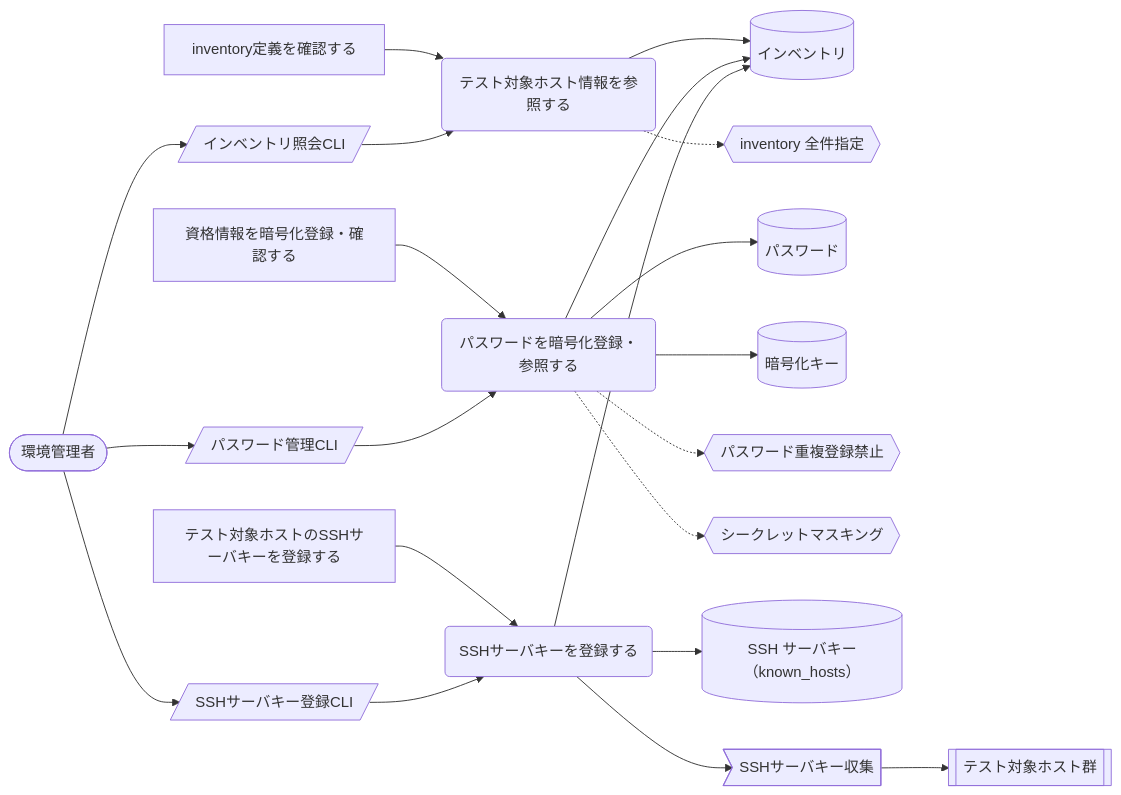
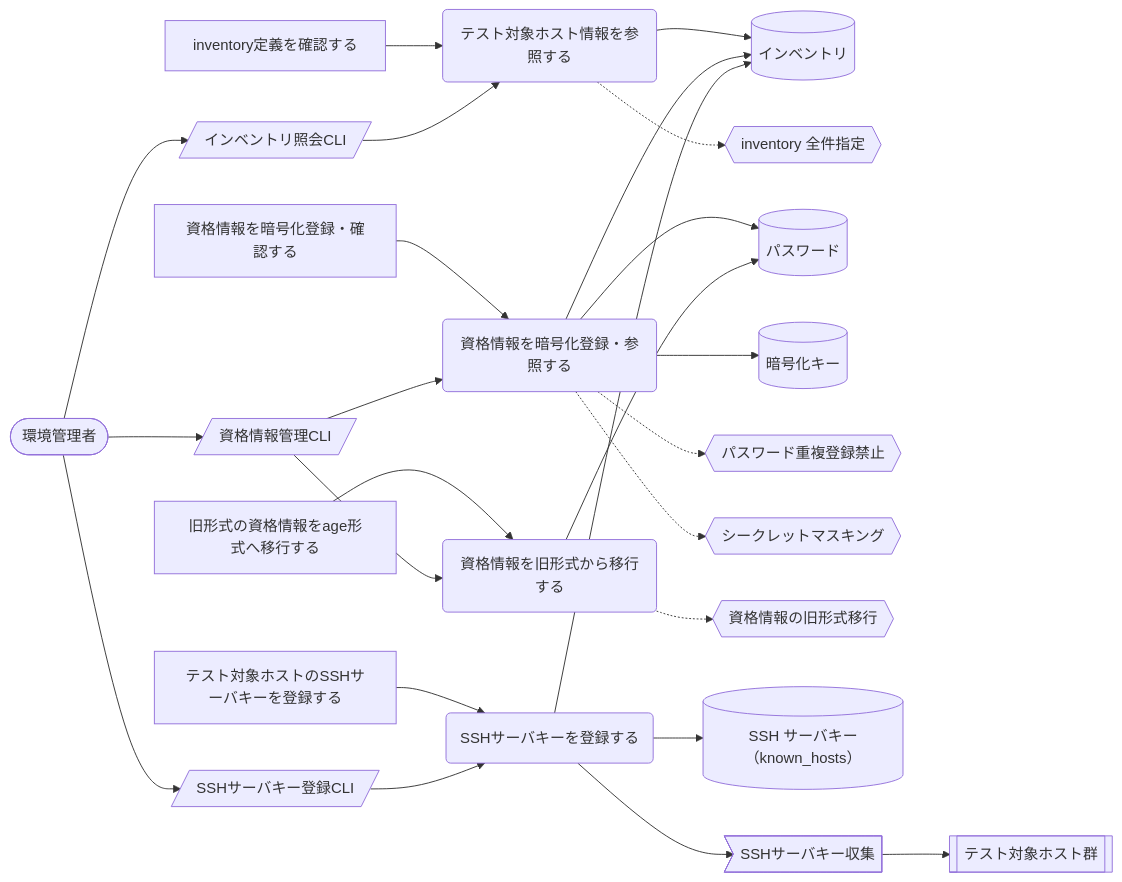
The second of 7 diagrams in docs/rdra/latest/views/04_UC複合図.md (scenario-test-framework/stfw), drawn with Mermaid before and after one commit. The commit also changed other lines of this file and 22 other files, not shown here.

First line of the commit message:
docs(requirements): v1.0 リアーキテクティングを USDM/RDRA に反映 (event: 20260708_084933_v1_rearchitecting)

````diff
--- a/docs/rdra/latest/views/04_UC複合図.md
+++ b/docs/rdra/latest/views/04_UC複合図.md
@@ -77,42 +50,49 @@
 ```mermaid
 graph LR
   UC1("テスト対象ホスト情報を参照する")
   AT1["inventory定義を確認する"]
   IF1[("インベントリ")]
   CD1{{"inventory 全件指定"}}
   SC1[/"インベントリ照会CLI"/]
   AC1(["環境管理者"])
-  UC2("パスワードを暗号化登録・参照する")
+  UC2("資格情報を暗号化登録・参照する")
   AT2["資格情報を暗号化登録・確認する"]
   IF2[("パスワード")]
   IF3[("暗号化キー")]
   CD2{{"パスワード重複登録禁止"}}
   CD3{{"シークレットマスキング"}}
-  SC2[/"パスワード管理CLI"/]
-  UC3("SSHサーバキーを登録する")
-  AT3["テスト対象ホストのSSHサーバキーを登録する"]
+  SC2[/"資格情報管理CLI"/]
+  UC3("資格情報を旧形式から移行する")
+  AT3["旧形式の資格情報をage形式へ移行する"]
+  CD4{{"資格情報の旧形式移行"}}
+  UC4("SSHサーバキーを登録する")
+  AT4["テスト対象ホストのSSHサーバキーを登録する"]
   IF4[("SSH サーバキー（known_hosts）")]
   SC3[/"SSHサーバキー登録CLI"/]
   EV1>"SSHサーバキー収集"]
   EX1[["テスト対象ホスト群"]]
   AT1 --> UC1
   UC1 --> IF1
   UC1 -.-> CD1
   AC1 --> SC1
   SC1 --> UC1
   AT2 --> UC2
   UC2 --> IF2
   UC2 --> IF3
   UC2 --> IF1
   UC2 -.-> CD2
   UC2 -.-> CD3
   AC1 --> SC2
   SC2 --> UC2
   AT3 --> UC3
-  UC3 --> IF4
-  UC3 --> IF1
+  UC3 --> IF2
+  UC3 -.-> CD4
+  SC2 --> UC3
+  AT4 --> UC4
+  UC4 --> IF4
+  UC4 --> IF1
   AC1 --> SC3
-  SC3 --> UC3
-  UC3 --> EV1
+  SC3 --> UC4
+  UC4 --> EV1
   EV1 --> EX1
 ```
````
